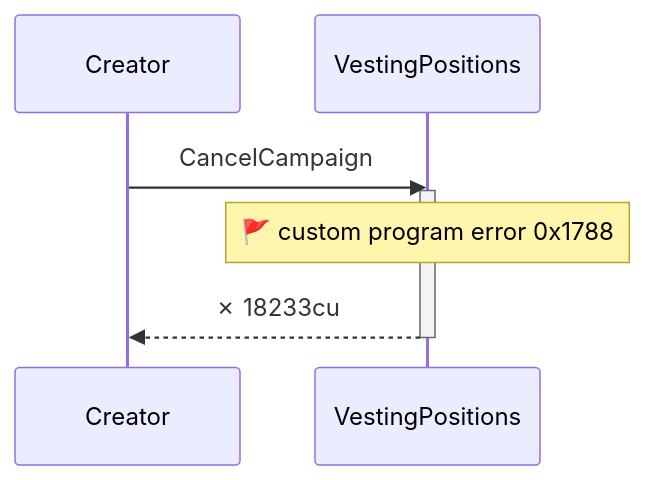
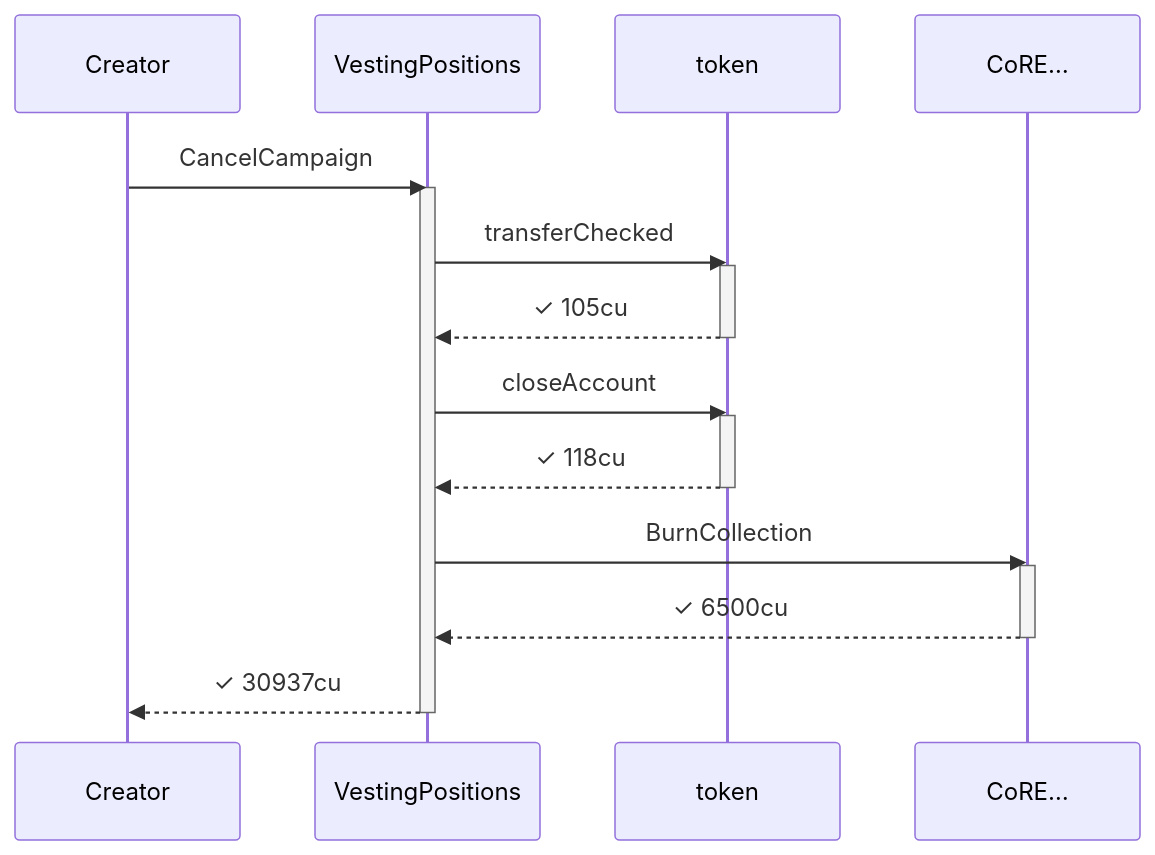
Before and after one commit to cds-turbin3/vesting-position: the first of 3 diagrams in babelfish-tests/test-report/cancel_campaign_returns_deposit_and_closes_accounts.md, drawn with Mermaid. The commit also changed other lines of this file and 50 other files, not shown here.

````diff
--- a/babelfish-tests/test-report/cancel_campaign_returns_deposit_and_closes_accounts.md
+++ b/babelfish-tests/test-report/cancel_campaign_returns_deposit_and_closes_accounts.md
@@ -5,10 +5,23 @@
 ```mermaid
 sequenceDiagram
     participant p0 as Creator
     participant p1 as VestingPositions
+    participant p2 as token
+    participant p3 as CoRE…
     p0->>p1: CancelCampaign
     activate p1
-    note over p1: 🚩 custom program error  0x1788
-    p1-->>p0: ✗ 18233cu
+    p1->>p2: transferChecked
+    activate p2
+    p2-->>p1: ✓ 105cu
+    deactivate p2
+    p1->>p2: closeAccount
+    activate p2
+    p2-->>p1: ✓ 118cu
+    deactivate p2
+    p1->>p3: BurnCollection
+    activate p3
+    p3-->>p1: ✓ 6500cu
+    deactivate p3
+    p1-->>p0: ✓ 30937cu
     deactivate p1
 ```
````
